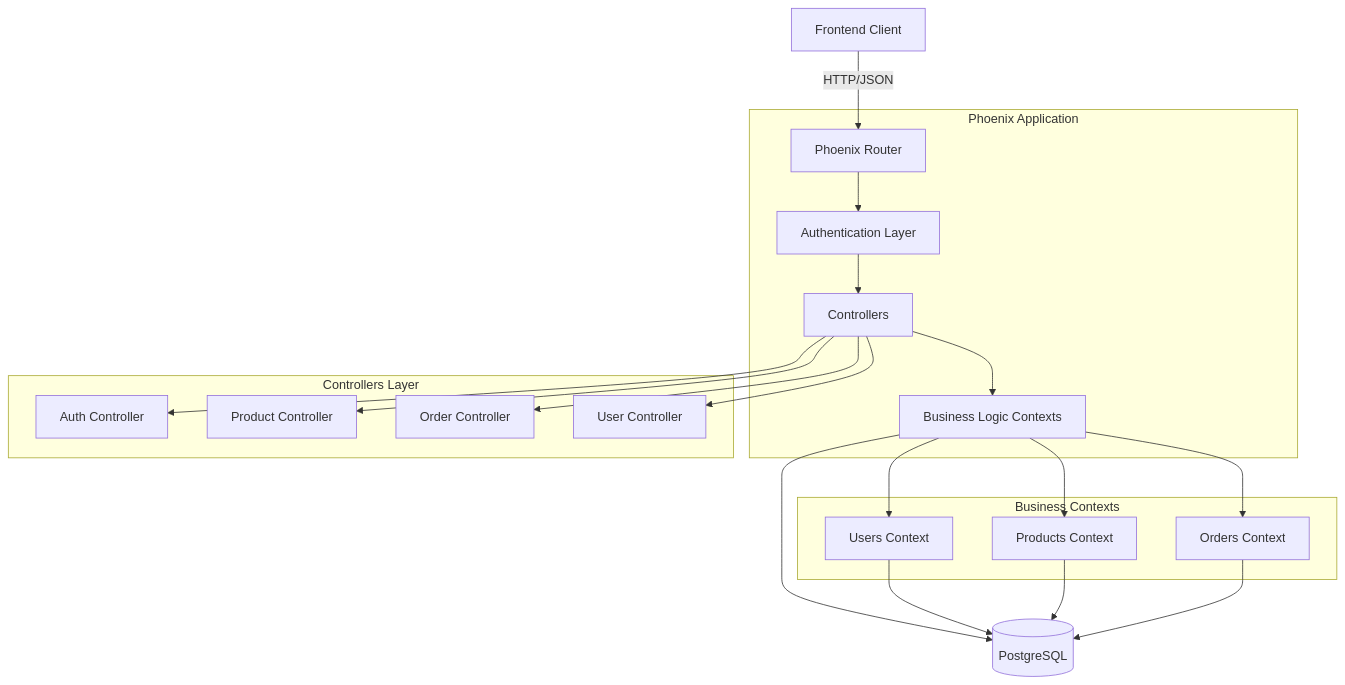
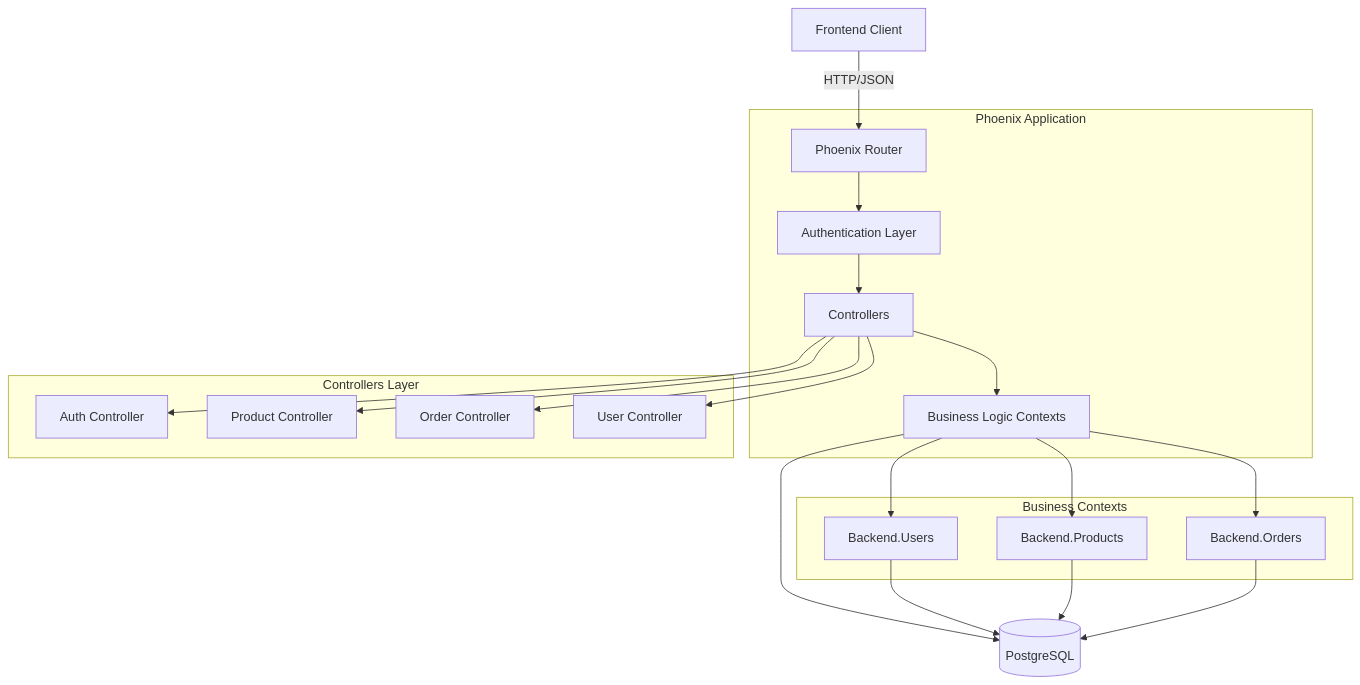
One commit to soniaood/backend-exercise changed the second of 3 diagrams in backend/README.md. Above: the diagram before and after it, drawn with Mermaid. The commit also changed other lines of this file, not shown here.

````diff
--- a/backend/README.md
+++ b/backend/README.md
@@ -302,48 +304,48 @@
 ```mermaid
 graph TB
     Client[Frontend Client]
     Router[Phoenix Router]
     Auth[Authentication Layer]
     Controllers[Controllers]
     Contexts[Business Logic Contexts]
     Database[(PostgreSQL)]
     
     Client -->|HTTP/JSON| Router
     Router --> Auth
     Auth --> Controllers
     Controllers --> Contexts
     Contexts --> Database
     
     subgraph "Phoenix Application"
         Router
         Auth
         Controllers
         Contexts
     end
     
     subgraph "Controllers Layer"
         AuthController[Auth Controller]
         ProductController[Product Controller] 
         OrderController[Order Controller]
         UserController[User Controller]
     end
     
     subgraph "Business Contexts"
-        Users[Users Context]
-        Products[Products Context]
-        Orders[Orders Context]
+        BackendUsers[Backend.Users]
+        BackendProducts[Backend.Products]  
+        BackendOrders[Backend.Orders]
     end
     
     Controllers --> AuthController
     Controllers --> ProductController
     Controllers --> OrderController
     Controllers --> UserController
     
-    Contexts --> Users
-    Contexts --> Products
-    Contexts --> Orders
+    Contexts --> BackendUsers
+    Contexts --> BackendProducts
+    Contexts --> BackendOrders
     
-    Users --> Database
-    Products --> Database
-    Orders --> Database
+    BackendUsers --> Database
+    BackendProducts --> Database
+    BackendOrders --> Database
 ```
````
